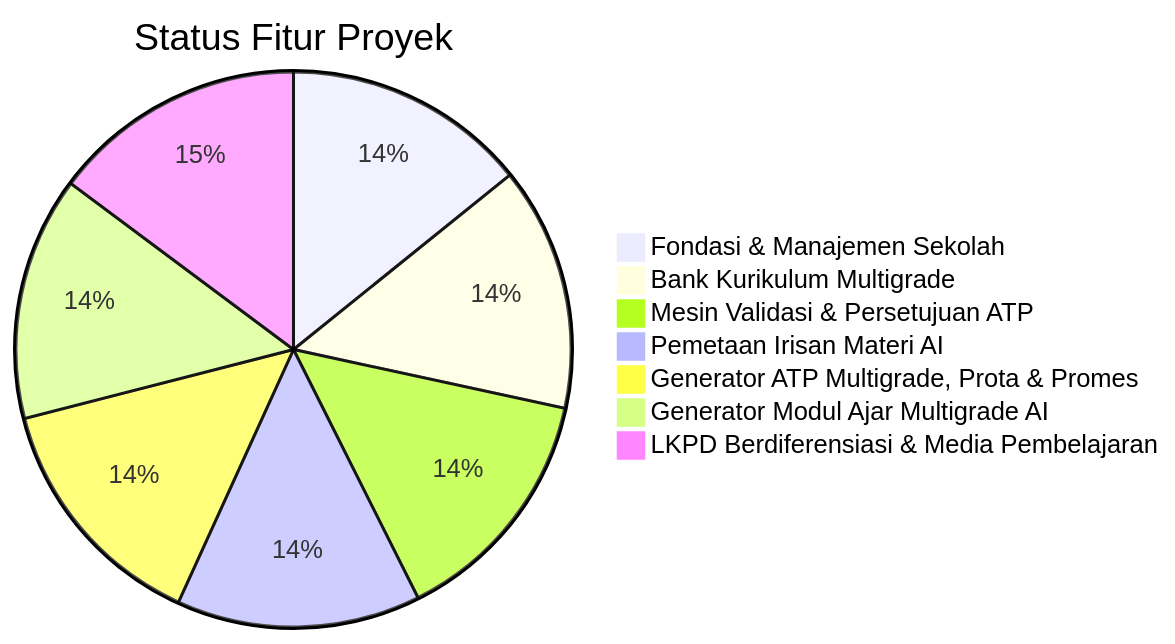
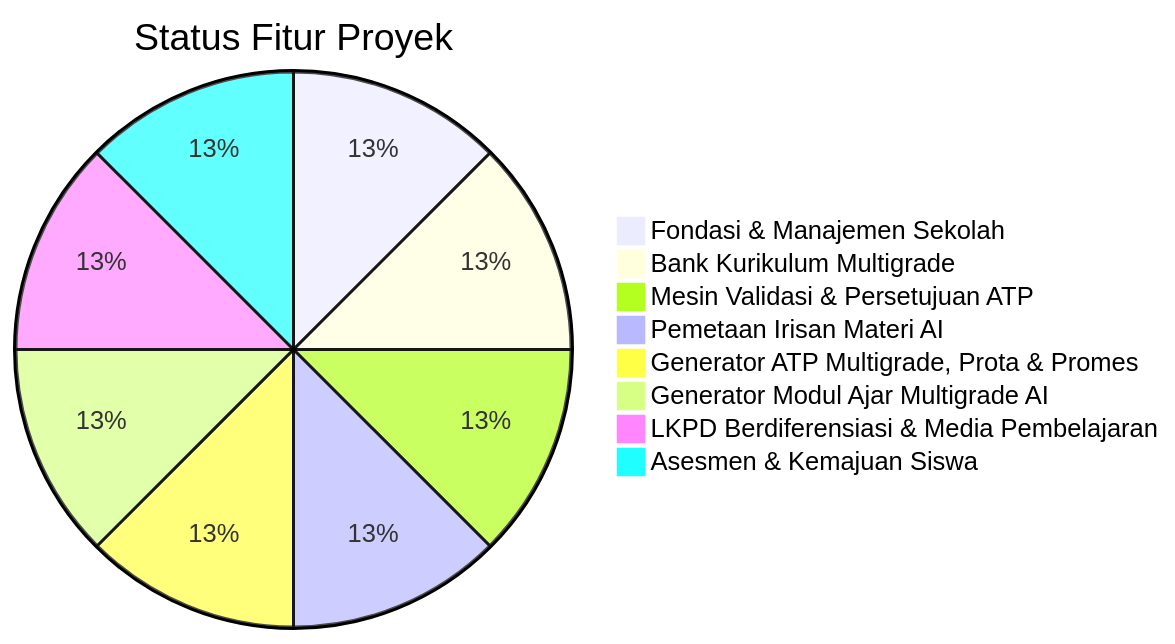
The diagram in IMPLEMENTATION_STATUS.md (akhshodikin/Multigrade-Cerdas), drawn with Mermaid before and after one commit. The commit also changed other lines of this file and 19 other files, not shown here.

````diff
--- a/IMPLEMENTATION_STATUS.md
+++ b/IMPLEMENTATION_STATUS.md
@@ -10,10 +10,11 @@
 ```mermaid
 pie title Status Fitur Proyek
-    "Fondasi & Manajemen Sekolah" : 14.2
-    "Bank Kurikulum Multigrade" : 14.2
-    "Mesin Validasi & Persetujuan ATP" : 14.2
-    "Pemetaan Irisan Materi AI" : 14.2
-    "Generator ATP Multigrade, Prota & Promes" : 14.2
-    "Generator Modul Ajar Multigrade AI" : 14.2
-    "LKPD Berdiferensiasi & Media Pembelajaran" : 14.8
+    "Fondasi & Manajemen Sekolah" : 12.5
+    "Bank Kurikulum Multigrade" : 12.5
+    "Mesin Validasi & Persetujuan ATP" : 12.5
+    "Pemetaan Irisan Materi AI" : 12.5
+    "Generator ATP Multigrade, Prota & Promes" : 12.5
+    "Generator Modul Ajar Multigrade AI" : 12.5
+    "LKPD Berdiferensiasi & Media Pembelajaran" : 12.5
+    "Asesmen & Kemajuan Siswa" : 12.5
 ```
````
